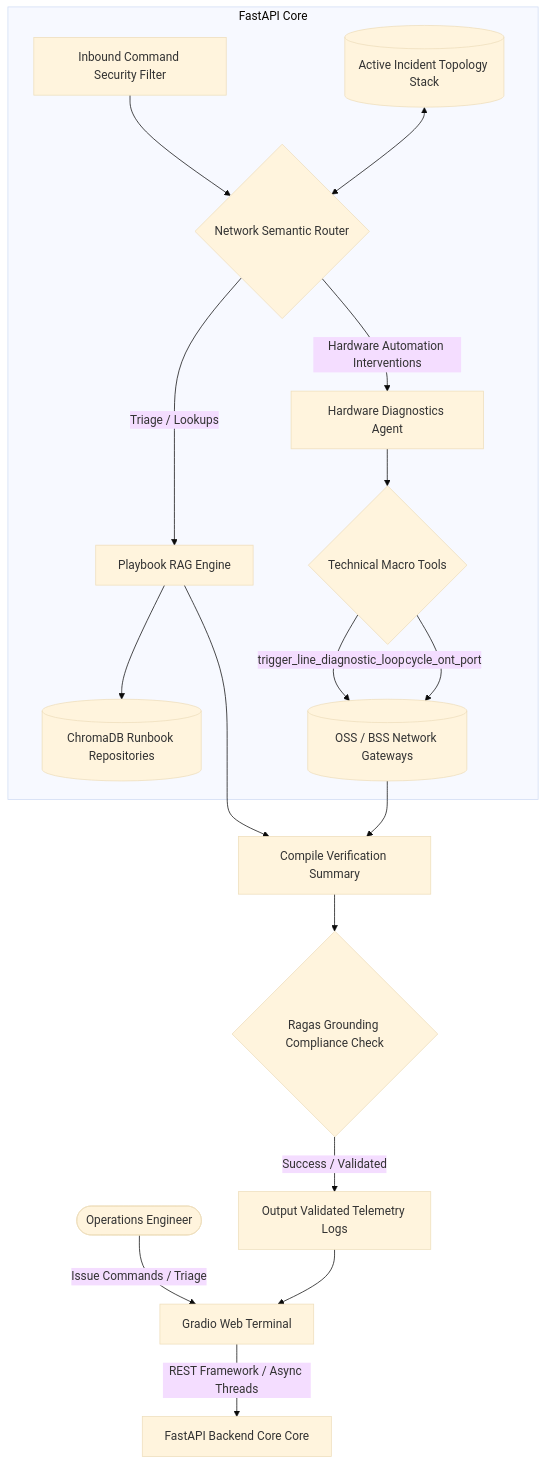
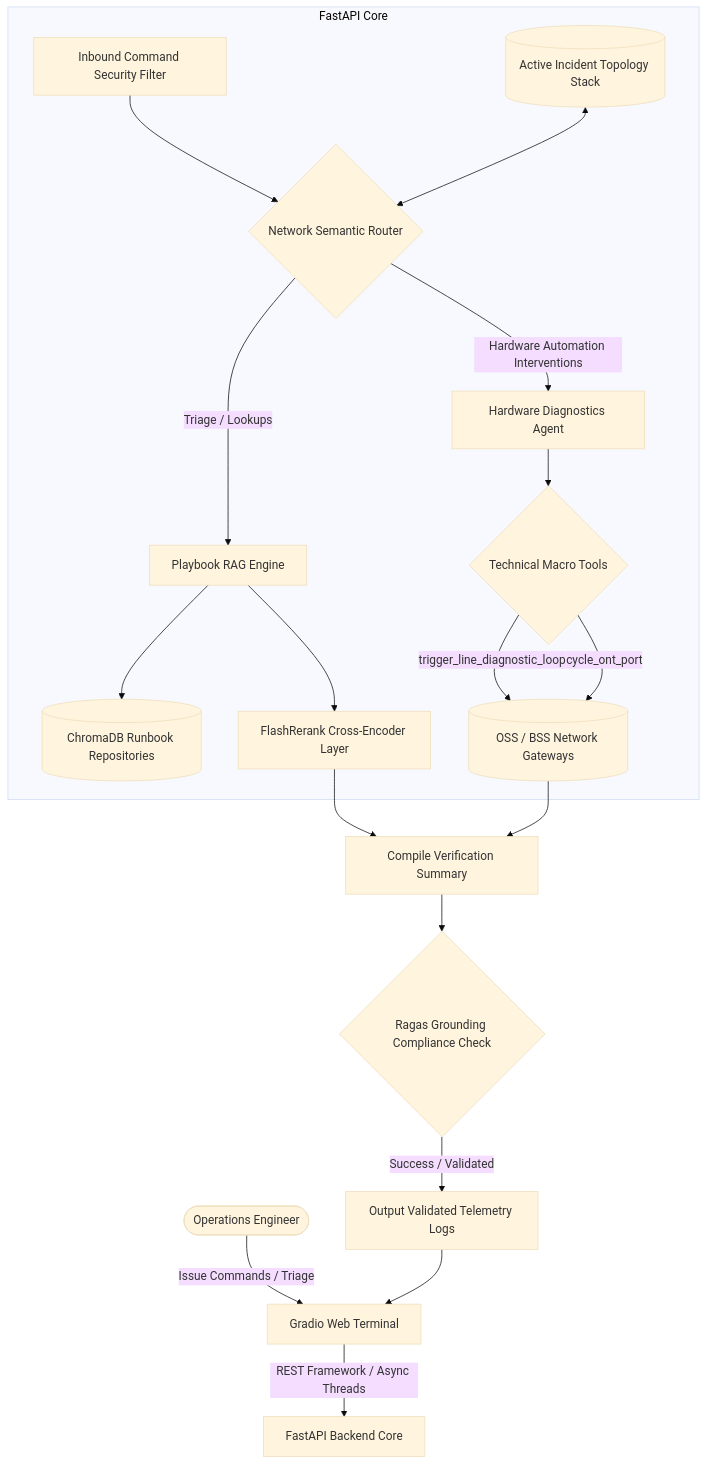
One commit to rshenoy1/telco-network-agent changed the first of 2 diagrams in README.md. Above: the diagram before and after it, drawn with Mermaid (base theme). The commit also changed other lines of this file and 2 other files, not shown here.

Commit message:
feat: integrate FlashRank Cross-Encoder reranking and modernize FastAPI lifespan events

````diff
--- a/README.md
+++ b/README.md
@@ -9,24 +9,25 @@
 ```mermaid
 graph TD
     User([Operations Engineer]) -->|Issue Commands / Triage| Gradio[Gradio Web Terminal]
-    Gradio -->|REST Framework / Async Threads| FastAPI[FastAPI Backend Core Core]
+    Gradio -->|REST Framework / Async Threads| FastAPI[FastAPI Backend Core]
     
     subgraph FastAPI Core
         Guard[Inbound Command Security Filter] --> Router{Network Semantic Router}
         Logs[(Active Incident Topology Stack)] <--> Router
         
         Router -->|Triage / Lookups| RAG[Playbook RAG Engine]
         RAG --> Chroma[(ChromaDB Runbook Repositories)]
+        RAG --> Rerank[FlashRerank Cross-Encoder Layer]
         
         Router -->|Hardware Automation Interventions| Agent[Hardware Diagnostics Agent]
         Agent --> Tools{Technical Macro Tools}
         Tools -->|trigger_line_diagnostic_loop| OSS[(OSS / BSS Network Gateways)]
         Tools -->|cycle_ont_port| OSS
     end
     
-    RAG --> Gen[Compile Verification Summary]
+    Rerank --> Gen[Compile Verification Summary]
     OSS --> Gen
     Gen --> Eval{Ragas Grounding Compliance Check}
     Eval -->|Success / Validated| Return[Output Validated Telemetry Logs]
     Return --> Gradio
 ```
````
